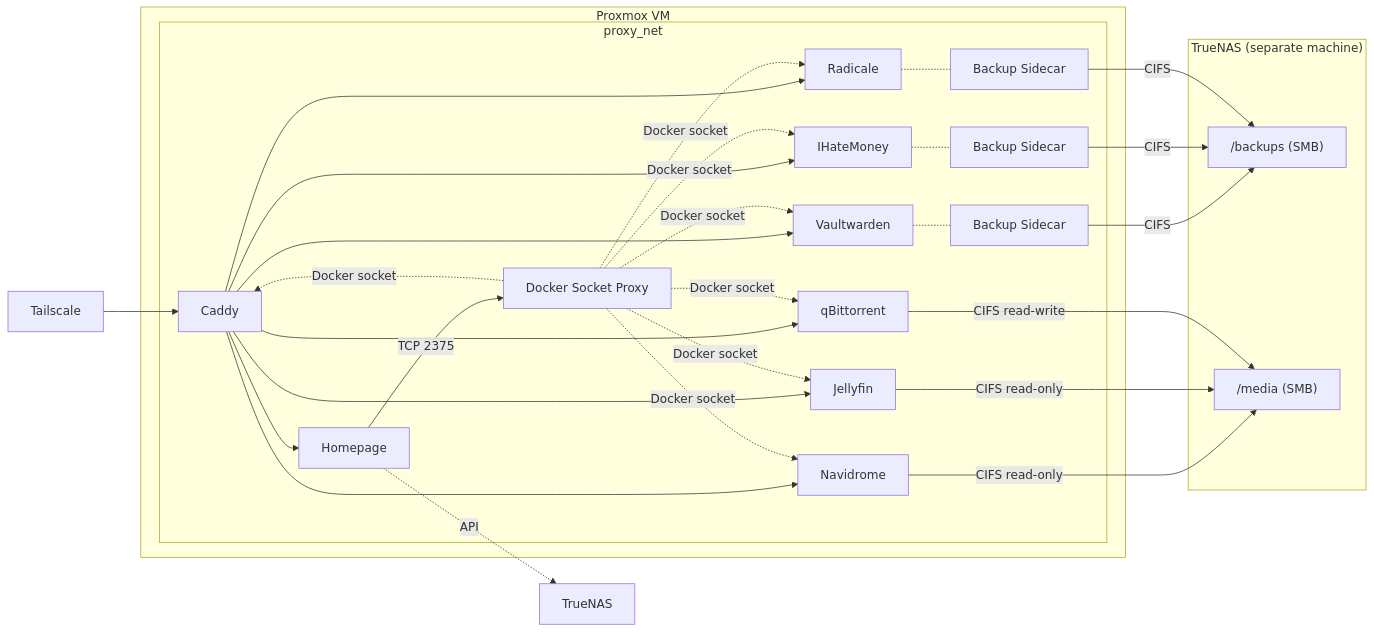
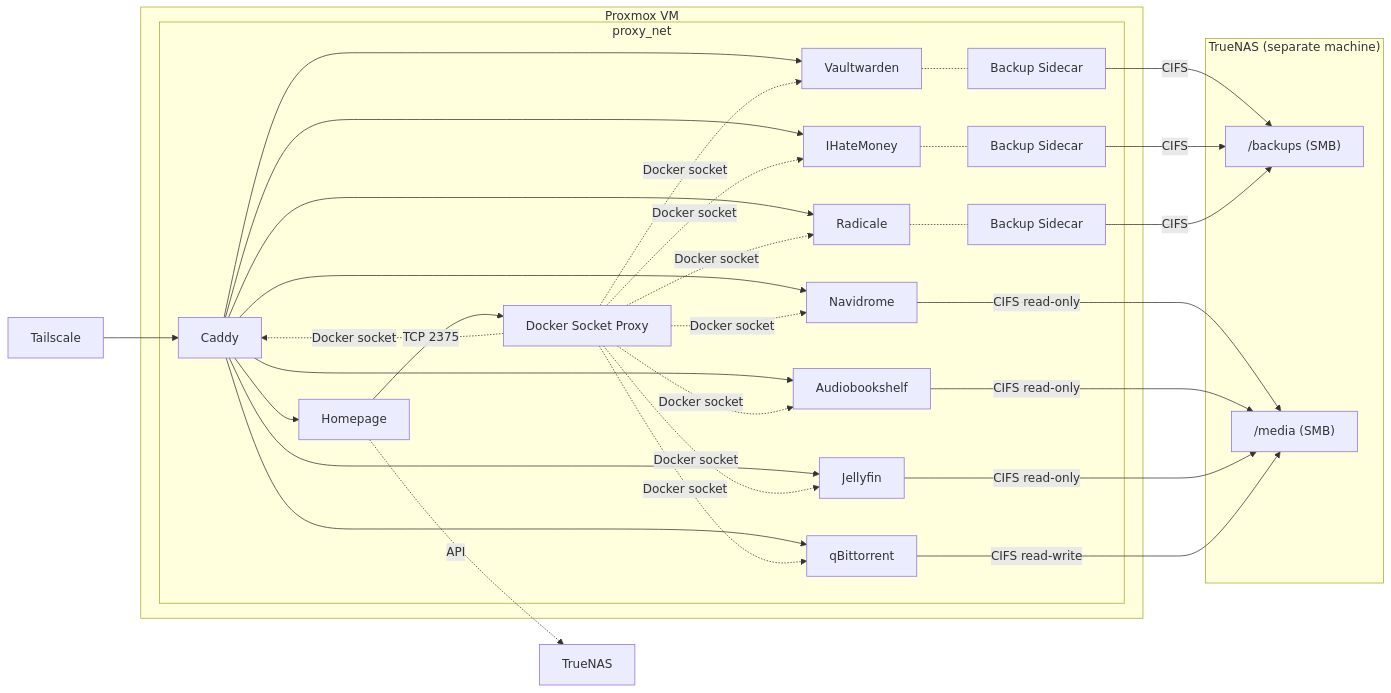
One commit to masolnada/homelab changed the first of 2 diagrams in README.md. Above: the diagram before and after it, drawn with Mermaid. The commit also changed other lines of this file and 3 other files, not shown here.

Commit message:
feat: add Audiobookshelf audiobook streaming to media stack

````diff
--- a/README.md
+++ b/README.md
@@ -7,41 +7,44 @@
 ```mermaid
 graph LR
     TS[Tailscale] --> Caddy
 
     subgraph VM["Proxmox VM"]
         subgraph proxy_net
             Caddy --> Homepage
             Caddy --> Vaultwarden
             Caddy --> Navidrome
+            Caddy --> Audiobookshelf
             Caddy --> IHateMoney
             Caddy --> Jellyfin
             Caddy --> qBittorrent
             Caddy --> Radicale
             Homepage -->|TCP 2375| DockerProxy[Docker Socket Proxy]
             DockerProxy -.->|Docker socket| Caddy
             DockerProxy -.->|Docker socket| Vaultwarden
             DockerProxy -.->|Docker socket| Navidrome
+            DockerProxy -.->|Docker socket| Audiobookshelf
             DockerProxy -.->|Docker socket| IHateMoney
             DockerProxy -.->|Docker socket| Jellyfin
             DockerProxy -.->|Docker socket| qBittorrent
             DockerProxy -.->|Docker socket| Radicale
             Vaultwarden -.- Backup[Backup Sidecar]
             IHateMoney -.- IHMBackup[Backup Sidecar]
             Radicale -.- RadBackup[Backup Sidecar]
         end
     end
 
     subgraph NAS["TrueNAS (separate machine)"]
         backups["/backups (SMB)"]
         media["/media (SMB)"]
     end
 
     Homepage -.->|API| TrueNAS
 
     Backup -->|CIFS| backups
     IHMBackup -->|CIFS| backups
     RadBackup -->|CIFS| backups
     Navidrome -->|CIFS read-only| media
+    Audiobookshelf -->|CIFS read-only| media
     Jellyfin -->|CIFS read-only| media
     qBittorrent -->|CIFS read-write| media
 ```
````
